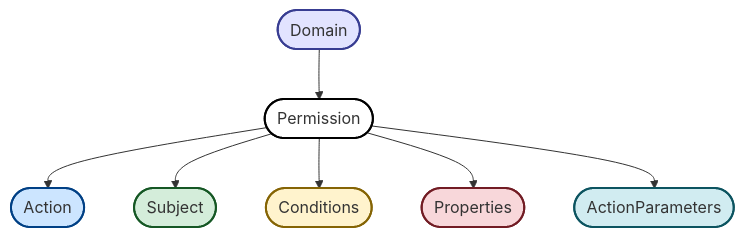
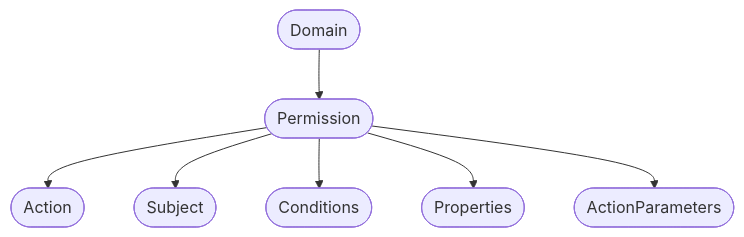
Before and after one commit to strapi/strapi: the second of 2 diagrams in docs/docs/docs/01-core/permissions/00-intro.md, drawn with Mermaid. The commit also changed other lines of this file and 1 other file, not shown here.

Commit message:
docs: update formatting and examples in permission engine documentation

````diff
--- a/docs/docs/docs/01-core/permissions/00-intro.md
+++ b/docs/docs/docs/01-core/permissions/00-intro.md
@@ -47,16 +42,9 @@
 ```mermaid
 graph TB
   N([Domain]):::namespace --> A([Permission]):::permission
   A --> B([Action]):::action
   A --> C([Subject]):::subject
   A --> D([Conditions]):::conditions
   A --> E([Properties]):::properties
   A --> F([ActionParameters]):::actionParameters
-  classDef namespace fill: #e2e3ff, stroke: #383d92, stroke-width: 2px;
-  classDef permission fill: #ffffff, stroke: #000000, stroke-width: 2px;
-  classDef action fill: #cce5ff, stroke: #004085, stroke-width: 2px;
-  classDef subject fill: #d4edda, stroke: #155724, stroke-width: 2px;
-  classDef conditions fill: #fff3cd, stroke: #856404, stroke-width: 2px;
-  classDef properties fill: #f8d7da, stroke: #721c24, stroke-width: 2px;
-  classDef actionParameters fill: #d1ecf1, stroke: #0c5460, stroke-width: 2px;
 ```
````
